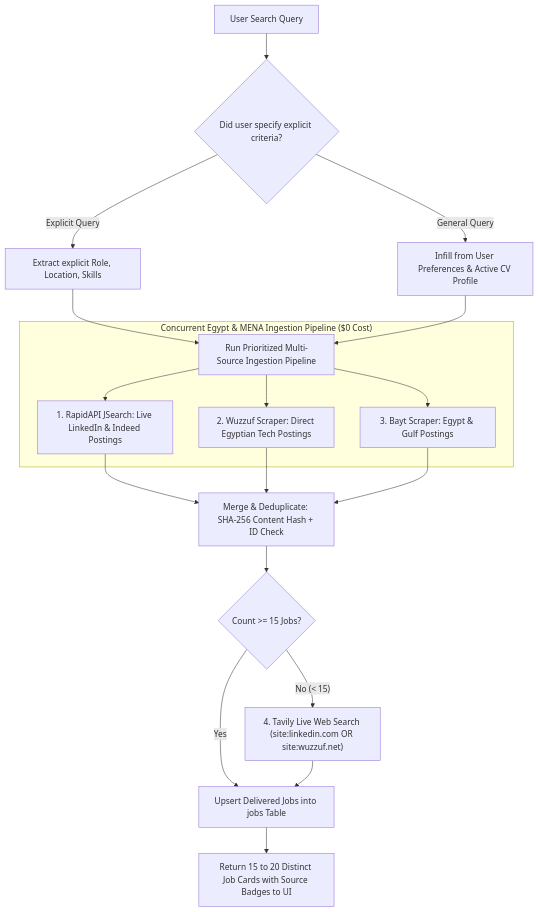
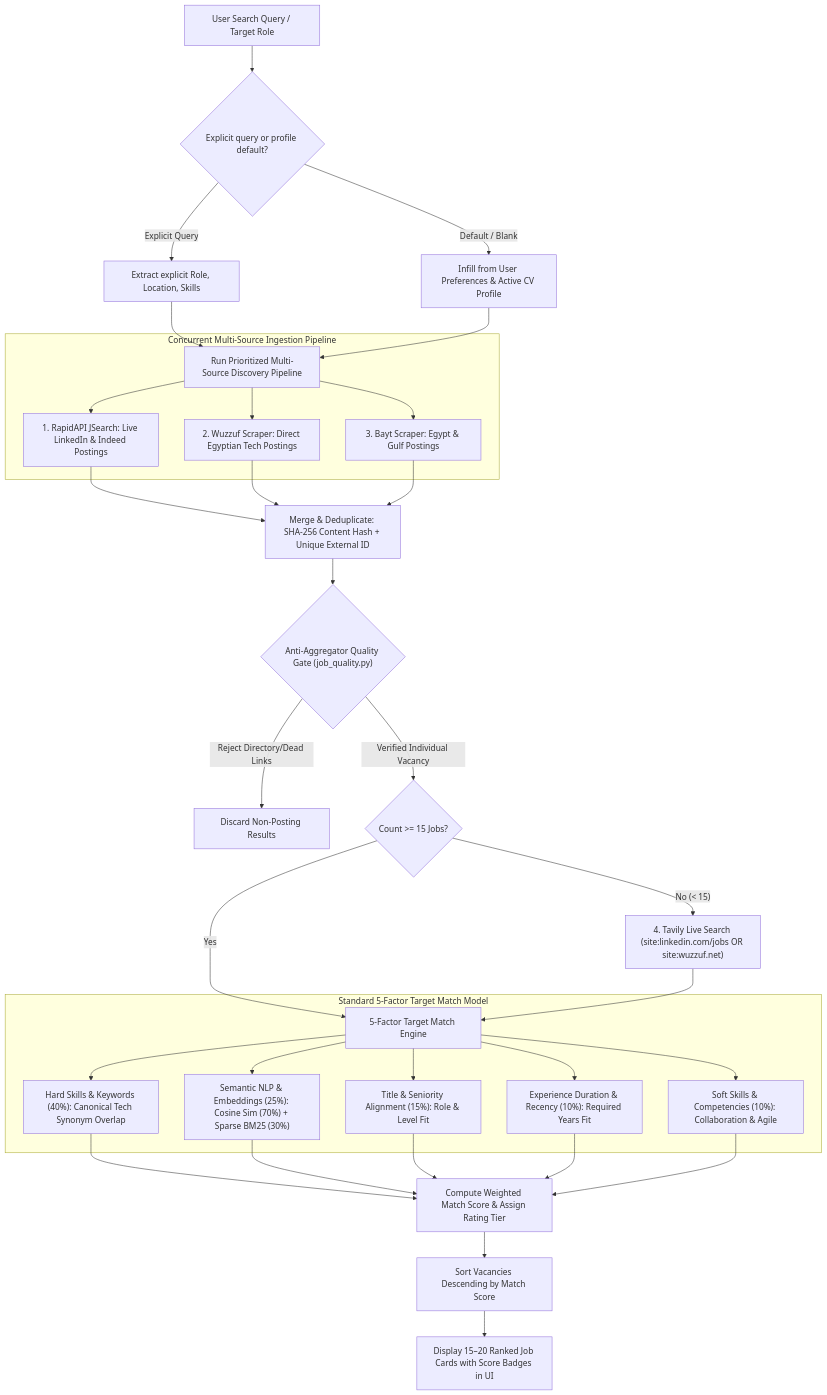
Before and after one commit to Mostafa710/career-copilot: the fourth of 8 diagrams in docs/architecture_flowcharts.md, drawn with Mermaid. The commit also changed other lines of this file and 2 other files, not shown here.

````diff
--- a/docs/architecture_flowcharts.md
+++ b/docs/architecture_flowcharts.md
@@ -80,23 +115,36 @@
 ```mermaid
 flowchart TD
-    UserQuery["User Search Query"] --> CheckInput{"Did user specify explicit criteria?"}
+    UserQuery["User Search Query / Target Role"] --> CheckInput{"Explicit query or profile default?"}
     
     CheckInput -->|Explicit Query| UseExplicit["Extract explicit Role, Location, Skills"]
-    CheckInput -->|General Query| Infill["Infill from User Preferences & Active CV Profile"]
+    CheckInput -->|Default / Blank| Infill["Infill from User Preferences & Active CV Profile"]
     
-    UseExplicit & Infill --> RunConcurrent["Run Prioritized Multi-Source Ingestion Pipeline"]
+    UseExplicit & Infill --> RunConcurrent["Run Prioritized Multi-Source Discovery Pipeline"]
     
-    subgraph MENAPipeline ["Concurrent Egypt & MENA Ingestion Pipeline ($0 Cost)"]
+    subgraph MENAPipeline ["Concurrent Multi-Source Ingestion Pipeline"]
         RunConcurrent --> JSearch["1. RapidAPI JSearch: Live LinkedIn & Indeed Postings"]
         RunConcurrent --> Wuzzuf["2. Wuzzuf Scraper: Direct Egyptian Tech Postings"]
         RunConcurrent --> Bayt["3. Bayt Scraper: Egypt & Gulf Postings"]
     end
     
-    JSearch & Wuzzuf & Bayt --> Merge["Merge & Deduplicate: SHA-256 Content Hash + ID Check"]
+    JSearch & Wuzzuf & Bayt --> Merge["Merge & Deduplicate: SHA-256 Content Hash + Unique External ID"]
     
-    Merge --> CheckCount{"Count >= 15 Jobs?"}
-    CheckCount -->|Yes| StoreNewJobs["Upsert Delivered Jobs into jobs Table"]
-    CheckCount -->|"No (< 15)"| TavilyFallback["4. Tavily Live Web Search (site:linkedin.com OR site:wuzzuf.net)"] --> StoreNewJobs
+    Merge --> QualGate{"Anti-Aggregator Quality Gate (job_quality.py)"}
+    QualGate -->|Reject Directory/Dead Links| Discard["Discard Non-Posting Results"]
+    QualGate -->|Verified Individual Vacancy| CheckCount{"Count >= 15 Jobs?"}
     
-    StoreNewJobs --> ReturnJobs["Return 15 to 20 Distinct Job Cards with Source Badges to UI"]
+    CheckCount -->|Yes| MatchPipeline["5-Factor Target Match Engine"]
+    CheckCount -->|"No (< 15)"| TavilyFallback["4. Tavily Live Search (site:linkedin.com/jobs OR site:wuzzuf.net)"] --> MatchPipeline
+    
+    subgraph Standard5Factor ["Standard 5-Factor Target Match Model"]
+        MatchPipeline --> F1["Hard Skills & Keywords (40%): Canonical Tech Synonym Overlap"]
+        MatchPipeline --> F2["Semantic NLP & Embeddings (25%): Cosine Sim (70%) + Sparse BM25 (30%)"]
+        MatchPipeline --> F3["Title & Seniority Alignment (15%): Role & Level Fit"]
+        MatchPipeline --> F4["Experience Duration & Recency (10%): Required Years Fit"]
+        MatchPipeline --> F5["Soft Skills & Competencies (10%): Collaboration & Agile"]
+    end
+    
+    F1 & F2 & F3 & F4 & F5 --> WeightedRank["Compute Weighted Match Score & Assign Rating Tier"]
+    WeightedRank --> SortDesc["Sort Vacancies Descending by Match Score"]
+    SortDesc --> ReturnRanked["Display 15–20 Ranked Job Cards with Score Badges in UI"]
 ```
````
